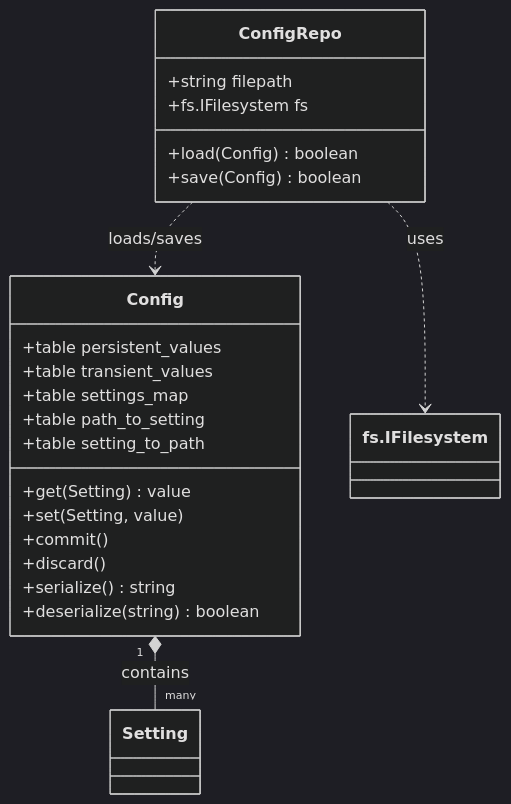
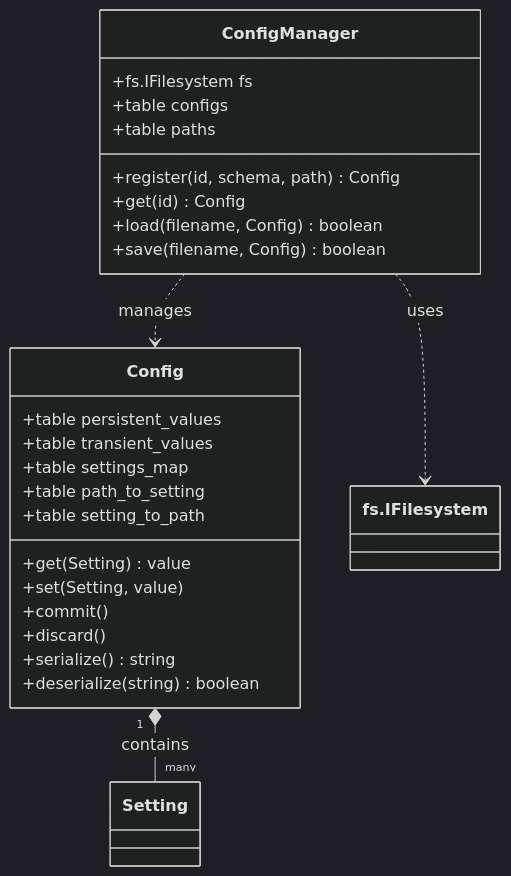
One commit to semyon422/rizu changed the diagram in rizu/config/spec.md. Above: the diagram before and after it, drawn with Mermaid (dark theme). The commit also changed other lines of this file and 5 other files, not shown here.

Commit message:
Add ConfigManager

````diff
--- a/rizu/config/spec.md
+++ b/rizu/config/spec.md
@@ -19,25 +19,28 @@
 ```mermaid
 classDiagram
     class Config {
         +table persistent_values
         +table transient_values
         +table settings_map
         +table path_to_setting
         +table setting_to_path
         +get(Setting) value
         +set(Setting, value)
         +commit()
         +discard()
         +serialize() string
         +deserialize(string) boolean
     }
-    class ConfigRepo {
-        +string filepath
+    class ConfigManager {
         +fs.IFilesystem fs
-        +load(Config) boolean
-        +save(Config) boolean
+        +table configs
+        +table paths
+        +register(id, schema, path) Config
+        +get(id) Config
+        +load(filename, Config) boolean
+        +save(filename, Config) boolean
     }
     Config "1" *-- "many" Setting : contains
-    ConfigRepo ..> Config : loads/saves
-    ConfigRepo ..> fs.IFilesystem : uses
+    ConfigManager ..> Config : manages
+    ConfigManager ..> fs.IFilesystem : uses
 ```
````
